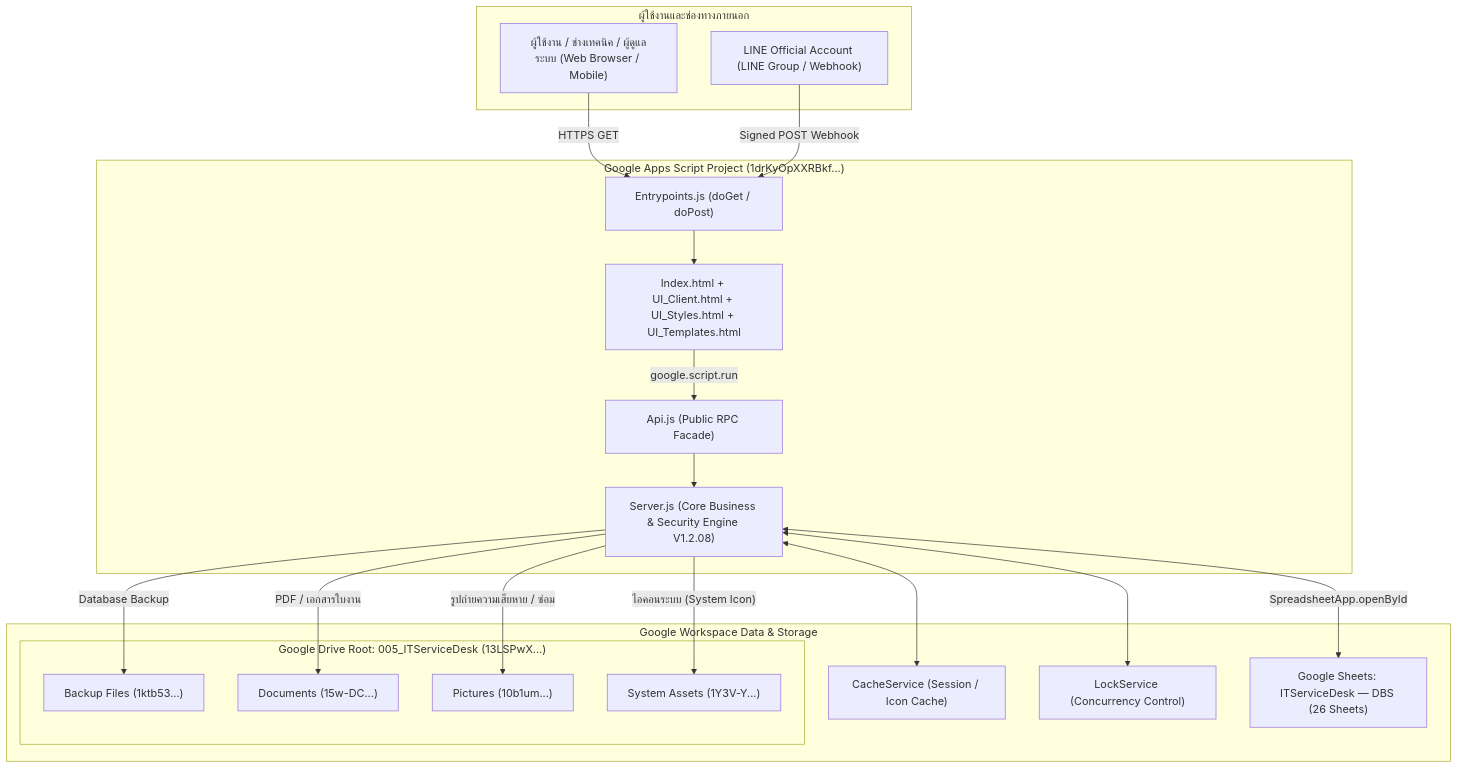
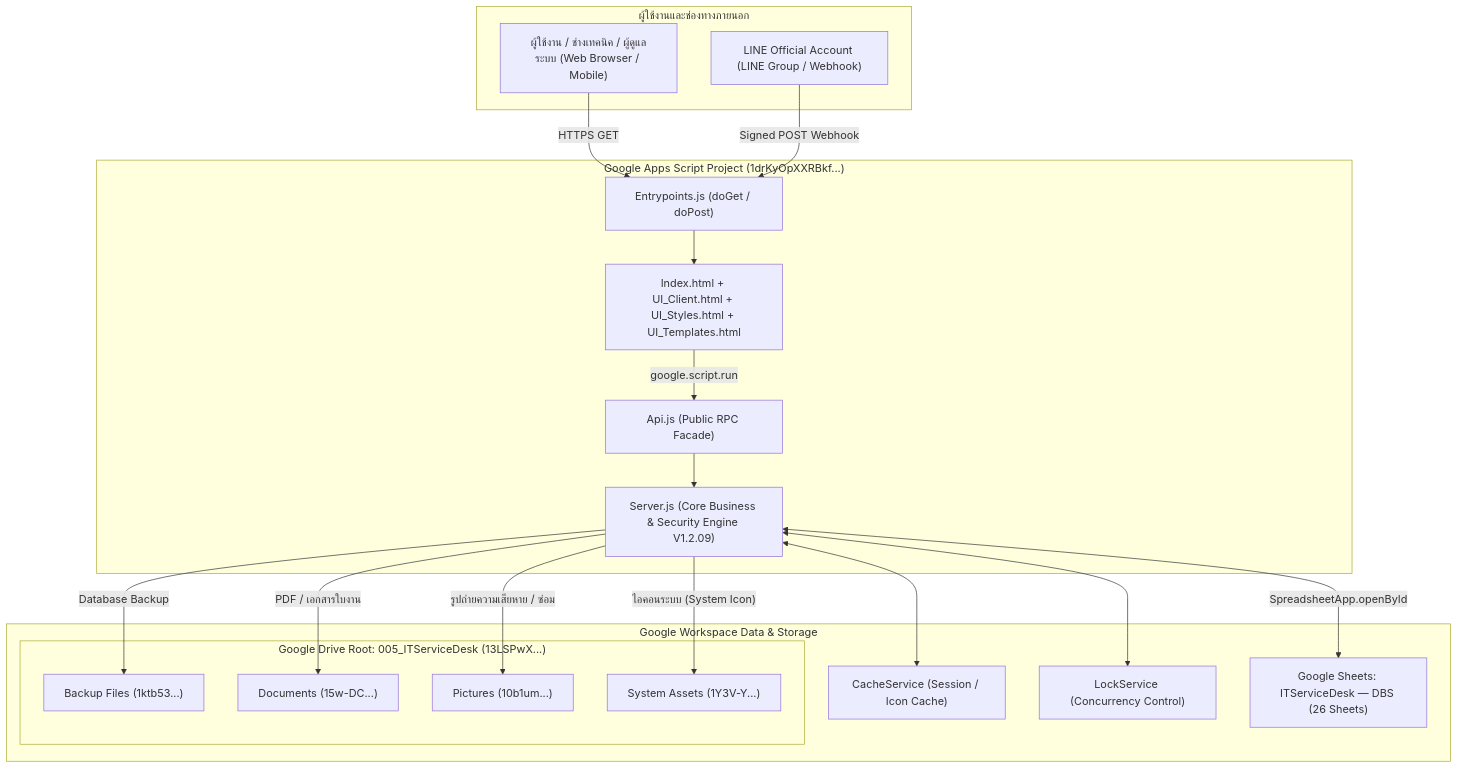
The first of 9 diagrams in DATA_DIAGRAM_AND_WORKFLOW.md (thakot-cloud/ITServiceDesk), drawn with Mermaid before and after one commit. The commit also changed other lines of this file and 16 other files, not shown here.

````diff
--- a/DATA_DIAGRAM_AND_WORKFLOW.md
+++ b/DATA_DIAGRAM_AND_WORKFLOW.md
@@ -23,39 +23,39 @@
 ```mermaid
 flowchart TB
     subgraph Clients["ผู้ใช้งานและช่องทางภายนอก"]
         U["ผู้ใช้งาน / ช่างเทคนิค / ผู้ดูแลระบบ (Web Browser / Mobile)"]
         L["LINE Official Account (LINE Group / Webhook)"]
     end
 
     subgraph GAS["Google Apps Script Project (1drKyOpXXRBkf...)"]
         EP["Entrypoints.js (doGet / doPost)"]
         API["Api.js (Public RPC Facade)"]
-        CORE["Server.js (Core Business & Security Engine V1.2.08)"]
+        CORE["Server.js (Core Business & Security Engine V1.2.09)"]
         UI["Index.html + UI_Client.html + UI_Styles.html + UI_Templates.html"]
     end
 
     subgraph Storage["Google Workspace Data & Storage"]
         CACHE["CacheService (Session / Icon Cache)"]
         LOCK["LockService (Concurrency Control)"]
         SHEET["Google Sheets: ITServiceDesk — DBS (26 Sheets)"]
         subgraph DRIVE["Google Drive Root: 005_ITServiceDesk (13LSPwX...)"]
             D_BAK["Backup Files (1ktb53...)"]
             D_DOC["Documents (15w-DC...)"]
             D_PIC["Pictures (10b1um...)"]
             D_SYS["System Assets (1Y3V-Y...)"]
         end
     end
 
     U -->|"HTTPS GET"| EP
     EP --> UI
     UI -->|"google.script.run"| API
     API --> CORE
     L -->|"Signed POST Webhook"| EP
     CORE <--> CACHE
     CORE <--> LOCK
     CORE <-->|"SpreadsheetApp.openById"| SHEET
     CORE -->|"Database Backup"| D_BAK
     CORE -->|"PDF / เอกสารใบงาน"| D_DOC
     CORE -->|"รูปถ่ายความเสียหาย / ซ่อม"| D_PIC
     CORE -->|"ไอคอนระบบ (System Icon)"| D_SYS
 ```
````
